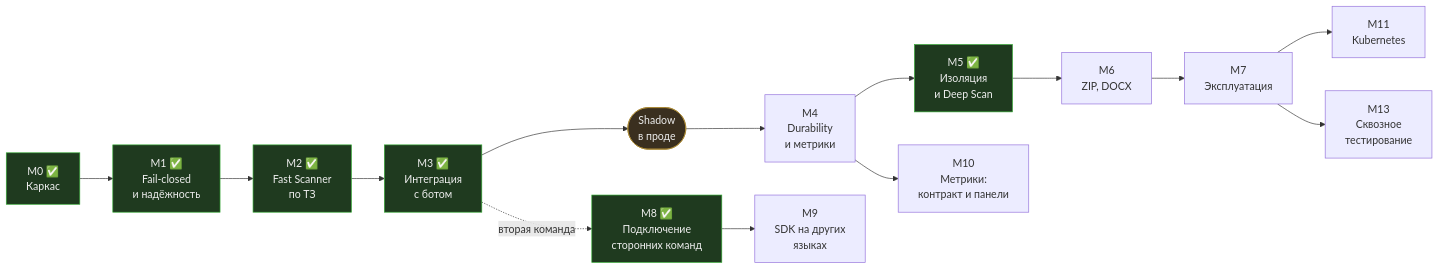
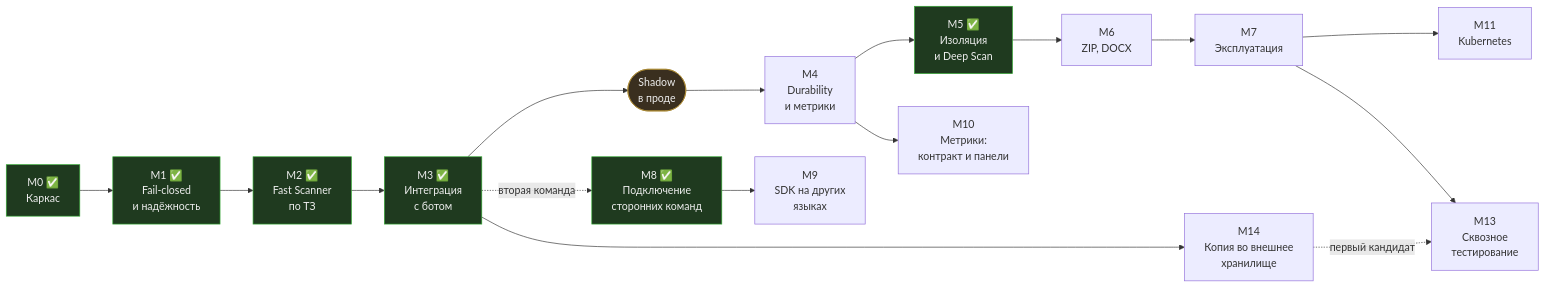
One commit to dato-dev/vulnscan changed the diagram in ROADMAP.md. Above: the diagram before and after it, drawn with Mermaid. The commit also changed other lines of this file and 38 other files, not shown here.

````diff
--- a/ROADMAP.md
+++ b/ROADMAP.md
@@ -45,24 +60,26 @@
 ```mermaid
 flowchart LR
     M0["M0 ✅<br/>Каркас"] --> M1["M1 ✅<br/>Fail-closed<br/>и надёжность"]
     M1 --> M2["M2 ✅<br/>Fast Scanner<br/>по ТЗ"]
     M2 --> M3["M3 ✅<br/>Интеграция<br/>с ботом"]
     M3 --> PROD(["Shadow<br/>в проде"])
     PROD --> M4["M4<br/>Durability<br/>и метрики"]
     M4 --> M5["M5 ✅<br/>Изоляция<br/>и Deep Scan"]
     M5 --> M6["M6<br/>ZIP, DOCX"]
     M6 --> M7["M7<br/>Эксплуатация"]
     M7 --> M11["M11<br/>Kubernetes"]
     M7 --> M13["M13<br/>Сквозное<br/>тестирование"]
+    M3 --> M14["M14<br/>Копия во внешнее<br/>хранилище"]
+    M14 -.->|"первый кандидат"| M13
     M4 --> M10["M10<br/>Метрики:<br/>контракт и панели"]
     M8 --> M9["M9<br/>SDK на других<br/>языках"]
     M3 -.->|"вторая команда"| M8["M8 ✅<br/>Подключение<br/>сторонних команд"]
 
     style M0 fill:#1f3a1f,stroke:#3a3,color:#eee
     style M1 fill:#1f3a1f,stroke:#3a3,color:#eee
     style M2 fill:#1f3a1f,stroke:#3a3,color:#eee
     style M3 fill:#1f3a1f,stroke:#3a3,color:#eee
     style M5 fill:#1f3a1f,stroke:#3a3,color:#eee
     style M8 fill:#1f3a1f,stroke:#3a3,color:#eee
     style PROD fill:#3a2f1f,stroke:#a83,color:#eee
 ```
````
